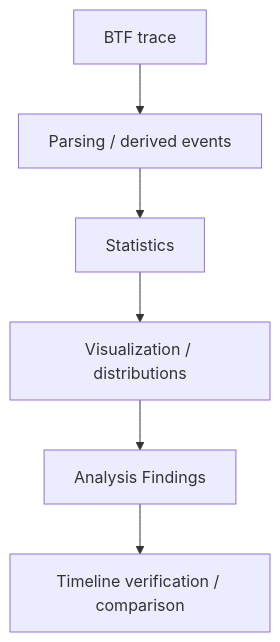
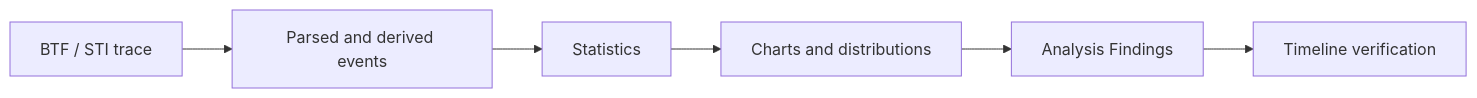
One commit to kuopinghsu/FreeRTOS-BTF-Trace changed the second of 3 diagrams in BTFViewer/STATISTICS.md. Above: the diagram before and after it, drawn with Mermaid. The commit also changed other lines of this file and 31 other files, not shown here.

````diff
--- a/BTFViewer/STATISTICS.md
+++ b/BTFViewer/STATISTICS.md
@@ -46,8 +43,8 @@
 ```mermaid
-flowchart TD
-  trace[BTF trace] --> parse[Parsing / derived events]
-  parse --> stats[Statistics]
-  stats --> viz[Visualization / distributions]
-  viz --> findings[Analysis Findings]
-  findings --> verify[Timeline verification / comparison]
+flowchart LR
+  trace[BTF / STI trace] --> derived[Parsed and derived events]
+  derived --> stats[Statistics]
+  stats --> charts[Charts and distributions]
+  charts --> findings[Analysis Findings]
+  findings --> verify[Timeline verification]
 ```
````
